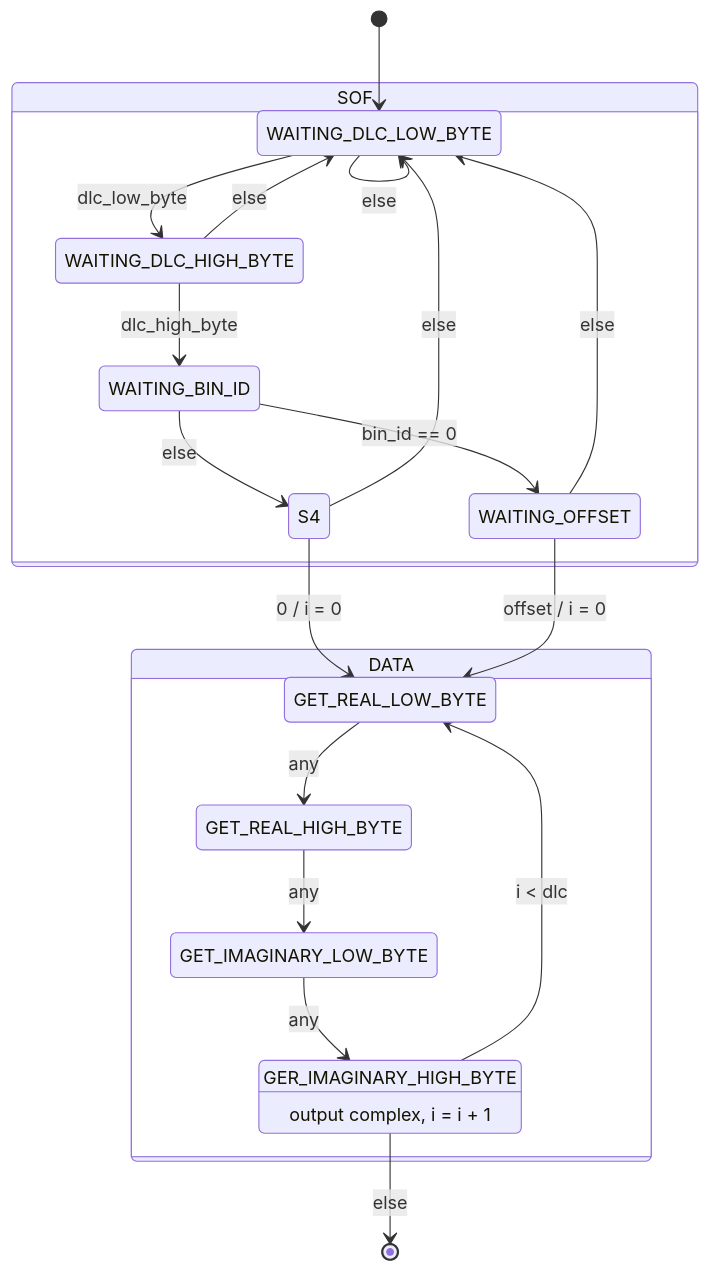
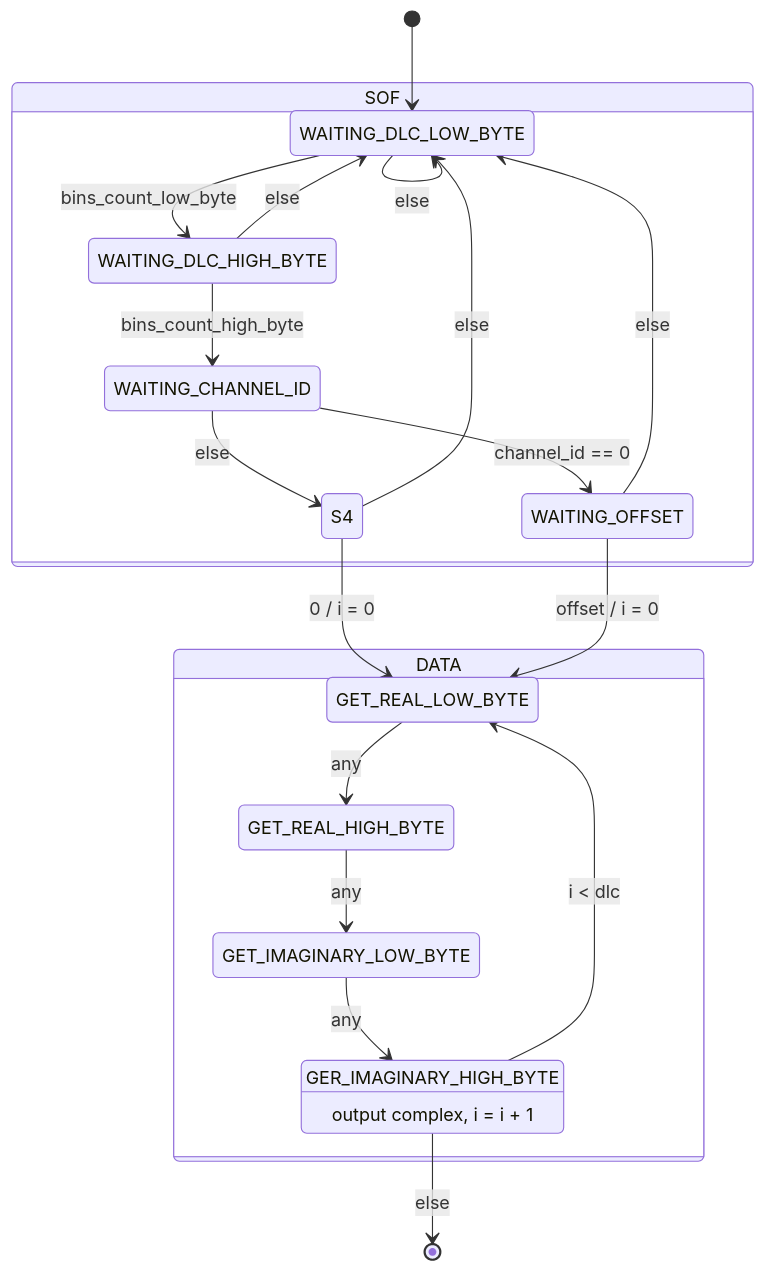
One commit to PINKCONCRETE/Millimeter-wave-Respiratory-and-Heart-Rate-Monitoring-Device changed the second of 2 diagrams in README.md. Above: the diagram before and after it, drawn with Mermaid. The commit also changed other lines of this file and 3 other files, not shown here.

````diff
--- a/README.md
+++ b/README.md
@@ -39,41 +39,41 @@
 ```mermaid
 stateDiagram-v2
     [*] --> S0
 
     state SOF {
         S0 : WAITING_DLC_LOW_BYTE
         S1 : WAITING_DLC_HIGH_BYTE
-        S2 : WAITING_BIN_ID
+        S2 : WAITING_CHANNEL_ID
         S3 : WAITING_OFFSET
 
-        S0 --> S1 : dlc_low_byte
+        S0 --> S1 : bins_count_low_byte
         S0 --> S0 : else
 
-        S1 --> S2 : dlc_high_byte
+        S1 --> S2 : bins_count_high_byte
         S1 --> S0 : else
 
-        S2 --> S3 : bin_id == 0
+        S2 --> S3 : channel_id == 0
         S2 --> S4 : else
 
         S4 --> D0 : 0 / i = 0
         S4 --> S0 : else
 
         S3 --> D0 : offset / i = 0
         S3 --> S0 : else
     }
 
     state DATA {
         D0 : GET_REAL_LOW_BYTE
         D1 : GET_REAL_HIGH_BYTE
         D2 : GET_IMAGINARY_LOW_BYTE
         D3 : GER_IMAGINARY_HIGH_BYTE
         D3 : output complex, i = i + 1
 
 
         D0 --> D1 : any
         D1 --> D2 : any
         D2 --> D3 : any
         D3 --> D0 : i < dlc
     }
     D3 --> [*] : else
 ```
````
